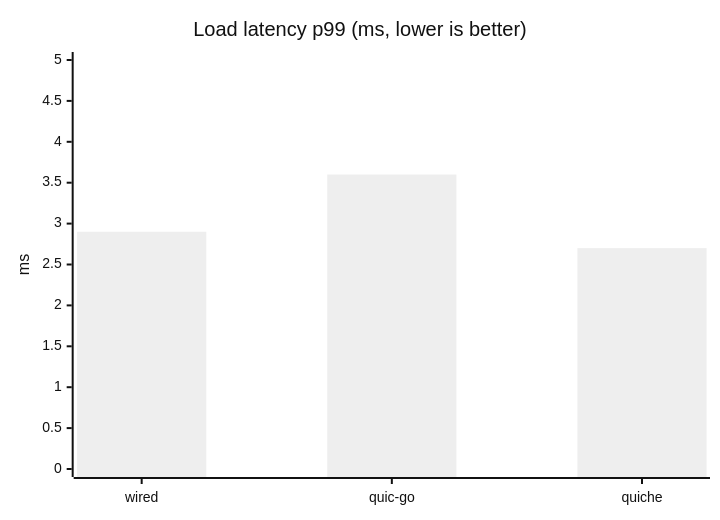
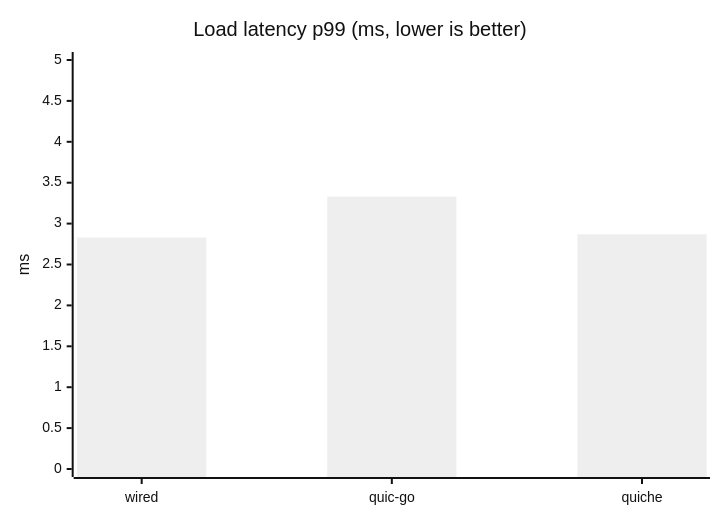
One commit to Hakkadaikon/wired changed the fourth of 6 diagrams in docs/performance/comparison.md. Above: the diagram before and after it, drawn with Mermaid (neutral theme). The commit also changed other lines of this file, not shown here.

````diff
--- a/docs/performance/comparison.md
+++ b/docs/performance/comparison.md
@@ -239,7 +264,7 @@
 ```mermaid
 xychart-beta
     title "Load latency p99 (ms, lower is better)"
     x-axis ["wired", "quic-go", "quiche"]
     y-axis "ms" 0 --> 5
-    bar [2.9, 3.6, 2.7]
+    bar [2.83, 3.33, 2.87]
 ```
````
